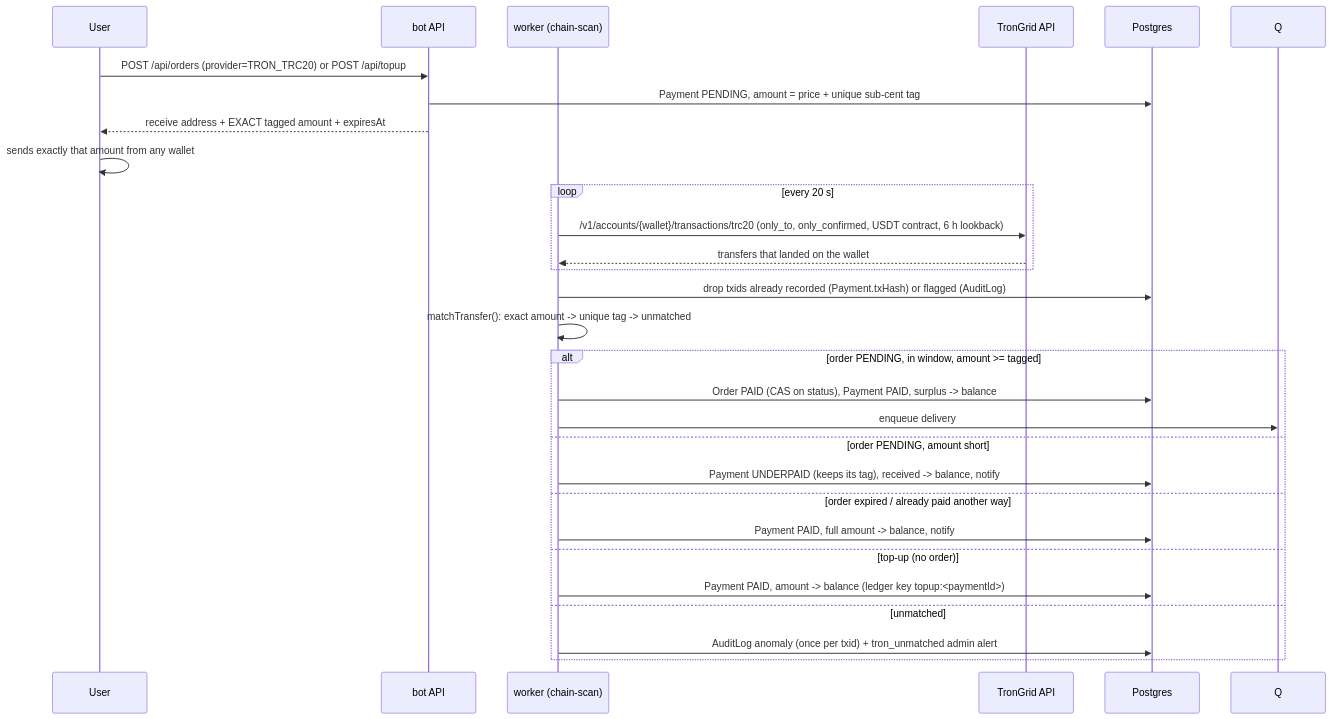
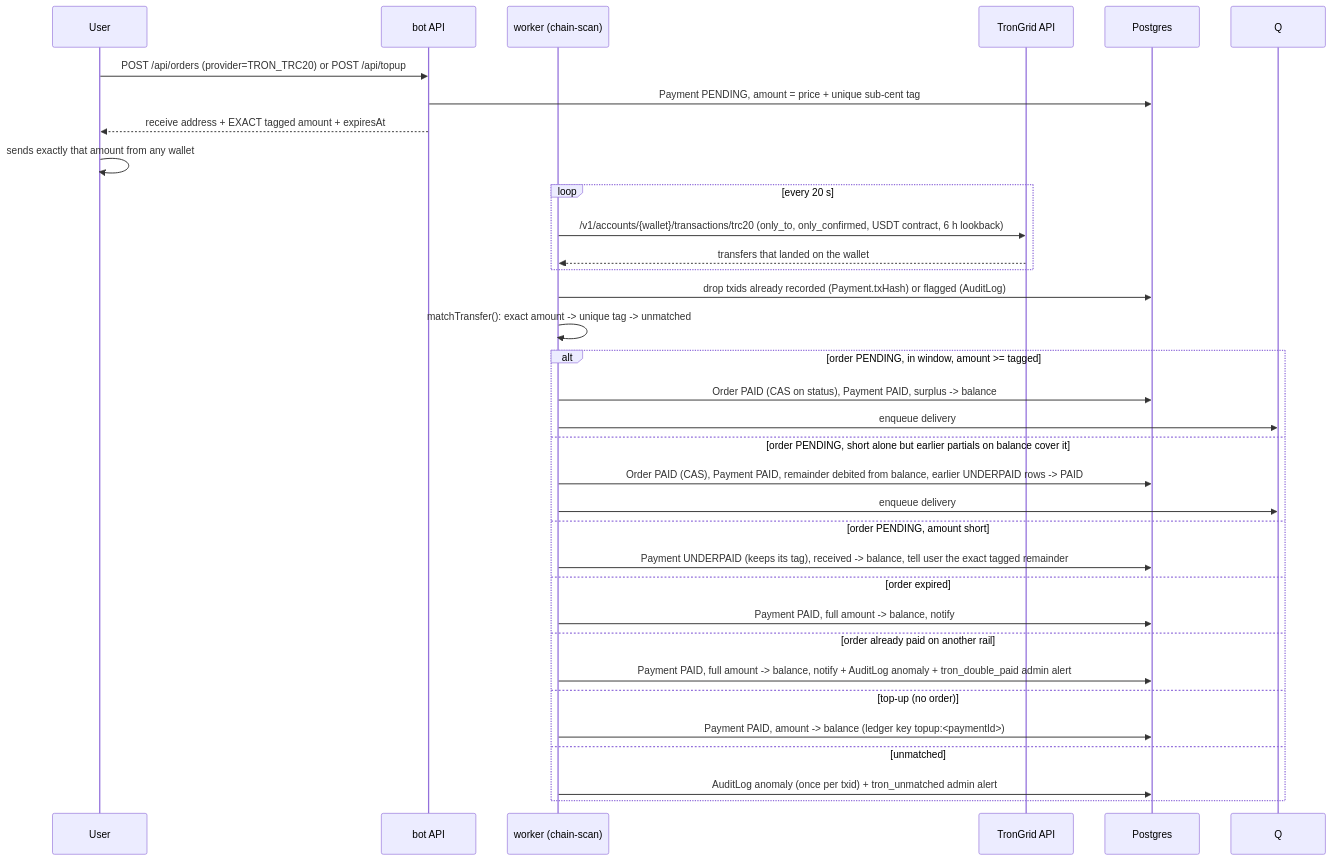
The fourth of 4 diagrams in docs/PAYMENTS.md (PubgmHacker/tgshop), drawn with Mermaid before and after one commit. The commit also changed other lines of this file and 21 other files, not shown here.

````diff
--- a/docs/PAYMENTS.md
+++ b/docs/PAYMENTS.md
@@ -126,31 +126,36 @@
 ```mermaid
 sequenceDiagram
     participant U as User
     participant B as bot API
     participant W as worker (chain-scan)
     participant TG as TronGrid API
     participant DB as Postgres
 
     U->>B: POST /api/orders (provider=TRON_TRC20) or POST /api/topup
     B->>DB: Payment PENDING, amount = price + unique sub-cent tag
     B-->>U: receive address + EXACT tagged amount + expiresAt
     U->>U: sends exactly that amount from any wallet
     loop every 20 s
         W->>TG: /v1/accounts/{wallet}/transactions/trc20 (only_to, only_confirmed, USDT contract, 6 h lookback)
         TG-->>W: transfers that landed on the wallet
     end
     W->>DB: drop txids already recorded (Payment.txHash) or flagged (AuditLog)
     W->>W: matchTransfer(): exact amount -> unique tag -> unmatched
     alt order PENDING, in window, amount >= tagged
         W->>DB: Order PAID (CAS on status), Payment PAID, surplus -> balance
         W->>Q: enqueue delivery
+    else order PENDING, short alone but earlier partials on balance cover it
+        W->>DB: Order PAID (CAS), Payment PAID, remainder debited from balance, earlier UNDERPAID rows -> PAID
+        W->>Q: enqueue delivery
     else order PENDING, amount short
-        W->>DB: Payment UNDERPAID (keeps its tag), received -> balance, notify
-    else order expired / already paid another way
+        W->>DB: Payment UNDERPAID (keeps its tag), received -> balance, tell user the exact tagged remainder
+    else order expired
         W->>DB: Payment PAID, full amount -> balance, notify
+    else order already paid on another rail
+        W->>DB: Payment PAID, full amount -> balance, notify + AuditLog anomaly + tron_double_paid admin alert
     else top-up (no order)
         W->>DB: Payment PAID, amount -> balance (ledger key topup:<paymentId>)
     else unmatched
         W->>DB: AuditLog anomaly (once per txid) + tron_unmatched admin alert
     end
 ```
````
